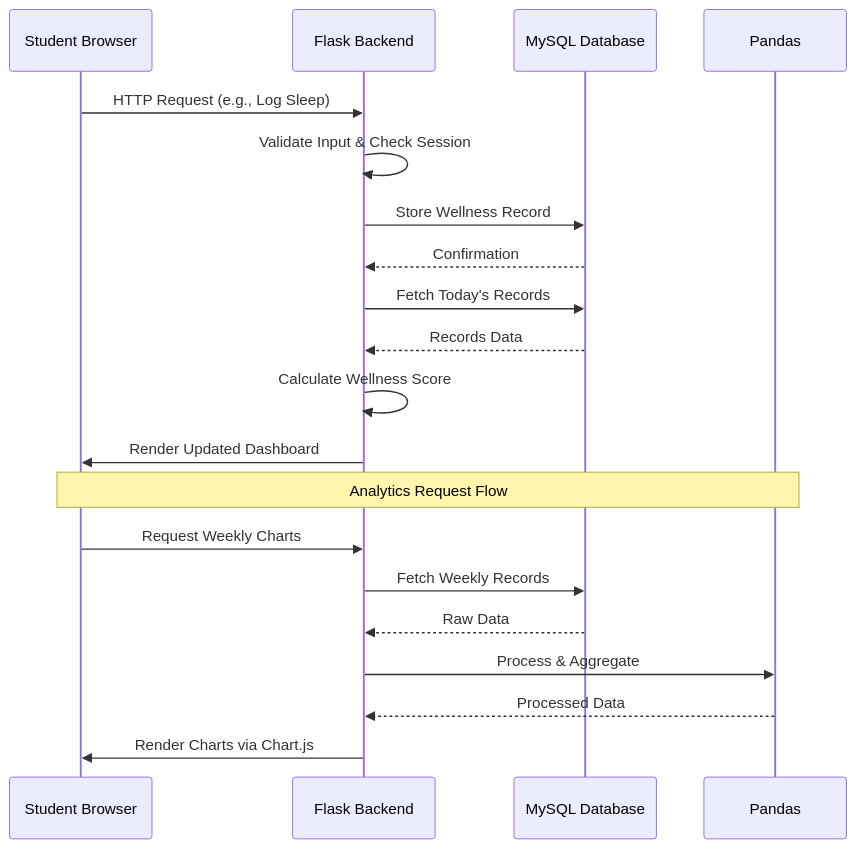
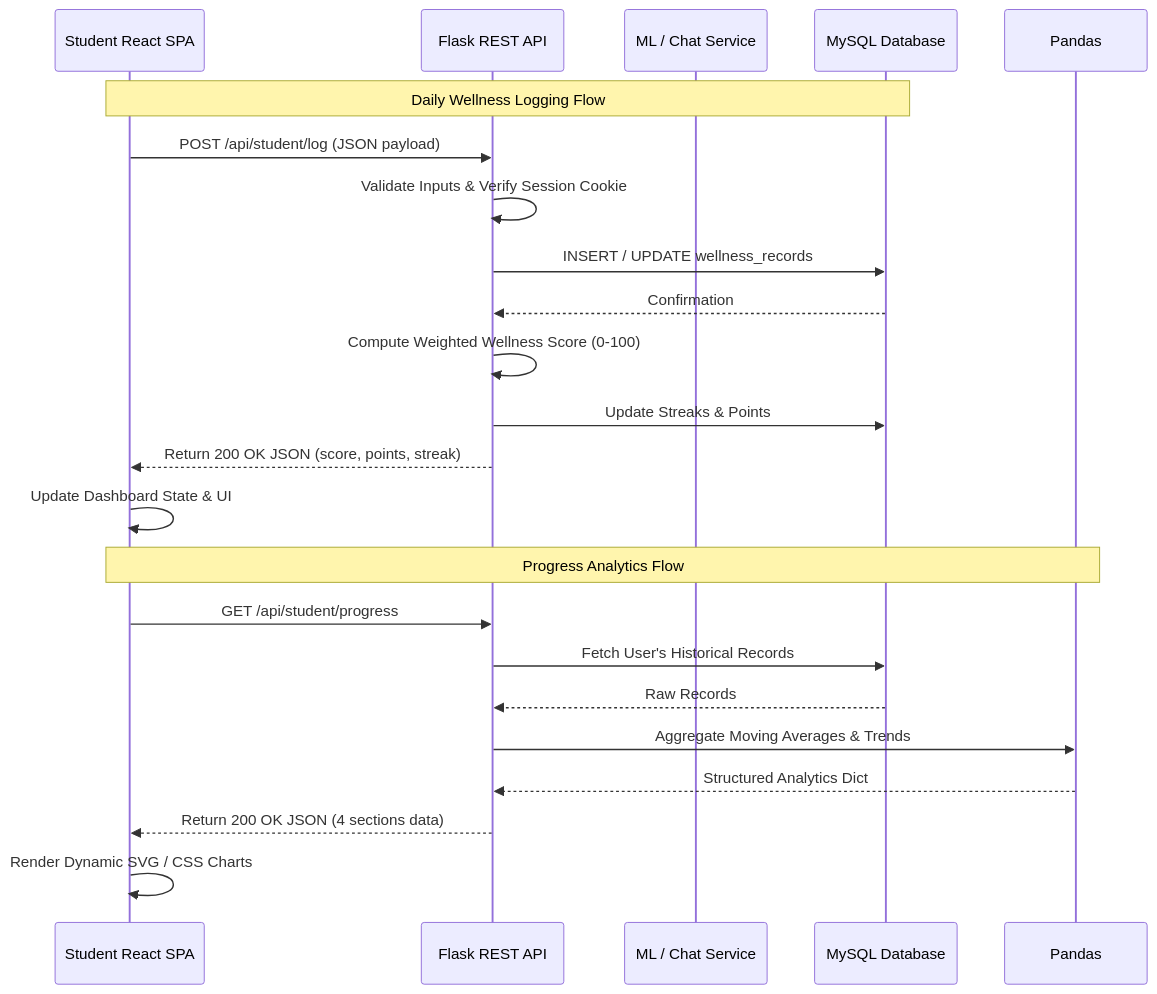
One commit to goxxie08/Wellvia changed the sixth of 8 diagrams in PROJECT_VISION.md. Above: the diagram before and after it, drawn with Mermaid. The commit also changed other lines of this file and 2 other files, not shown here.

````diff
--- a/PROJECT_VISION.md
+++ b/PROJECT_VISION.md
@@ -686,24 +709,27 @@
 ```mermaid
 sequenceDiagram
-    participant S as Student Browser
-    participant F as Flask Backend
+    participant S as Student React SPA
+    participant F as Flask REST API
+    participant ML as ML / Chat Service
     participant DB as MySQL Database
     participant P as Pandas
 
-    S->>F: HTTP Request (e.g., Log Sleep)
-    F->>F: Validate Input & Check Session
-    F->>DB: Store Wellness Record
+    Note over S,DB: Daily Wellness Logging Flow
+    S->>F: POST /api/student/log (JSON payload)
+    F->>F: Validate Inputs & Verify Session Cookie
+    F->>DB: INSERT / UPDATE wellness_records
     DB-->>F: Confirmation
-    F->>DB: Fetch Today's Records
-    DB-->>F: Records Data
-    F->>F: Calculate Wellness Score
-    F->>S: Render Updated Dashboard
+    F->>F: Compute Weighted Wellness Score (0-100)
+    F->>DB: Update Streaks & Points
+    F-->>S: Return 200 OK JSON (score, points, streak)
+    S->>S: Update Dashboard State & UI
 
-    Note over S,P: Analytics Request Flow
-    S->>F: Request Weekly Charts
-    F->>DB: Fetch Weekly Records
-    DB-->>F: Raw Data
-    F->>P: Process & Aggregate
-    P-->>F: Processed Data
-    F->>S: Render Charts via Chart.js
+    Note over S,P: Progress Analytics Flow
+    S->>F: GET /api/student/progress
+    F->>DB: Fetch User's Historical Records
+    DB-->>F: Raw Records
+    F->>P: Aggregate Moving Averages & Trends
+    P-->>F: Structured Analytics Dict
+    F-->>S: Return 200 OK JSON (4 sections data)
+    S->>S: Render Dynamic SVG / CSS Charts
 ```
````
